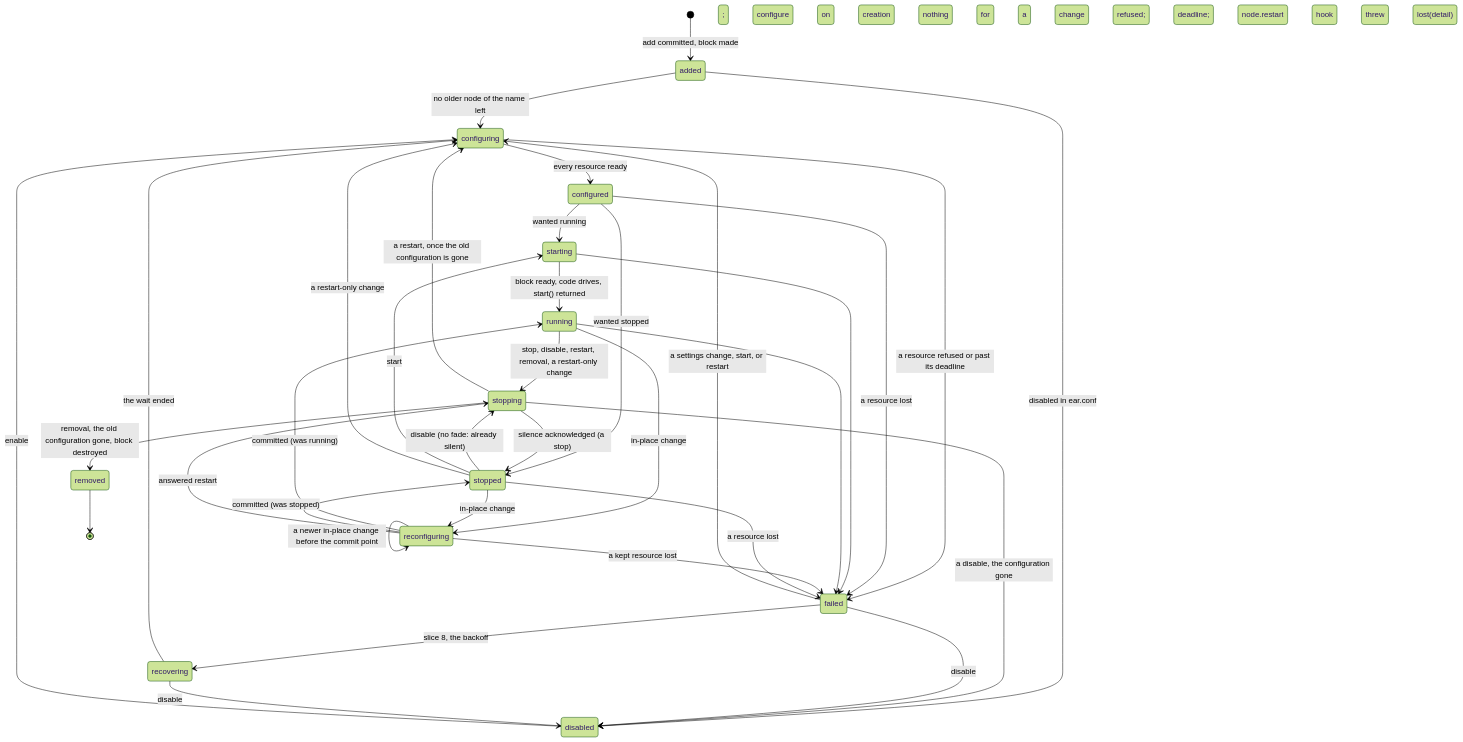
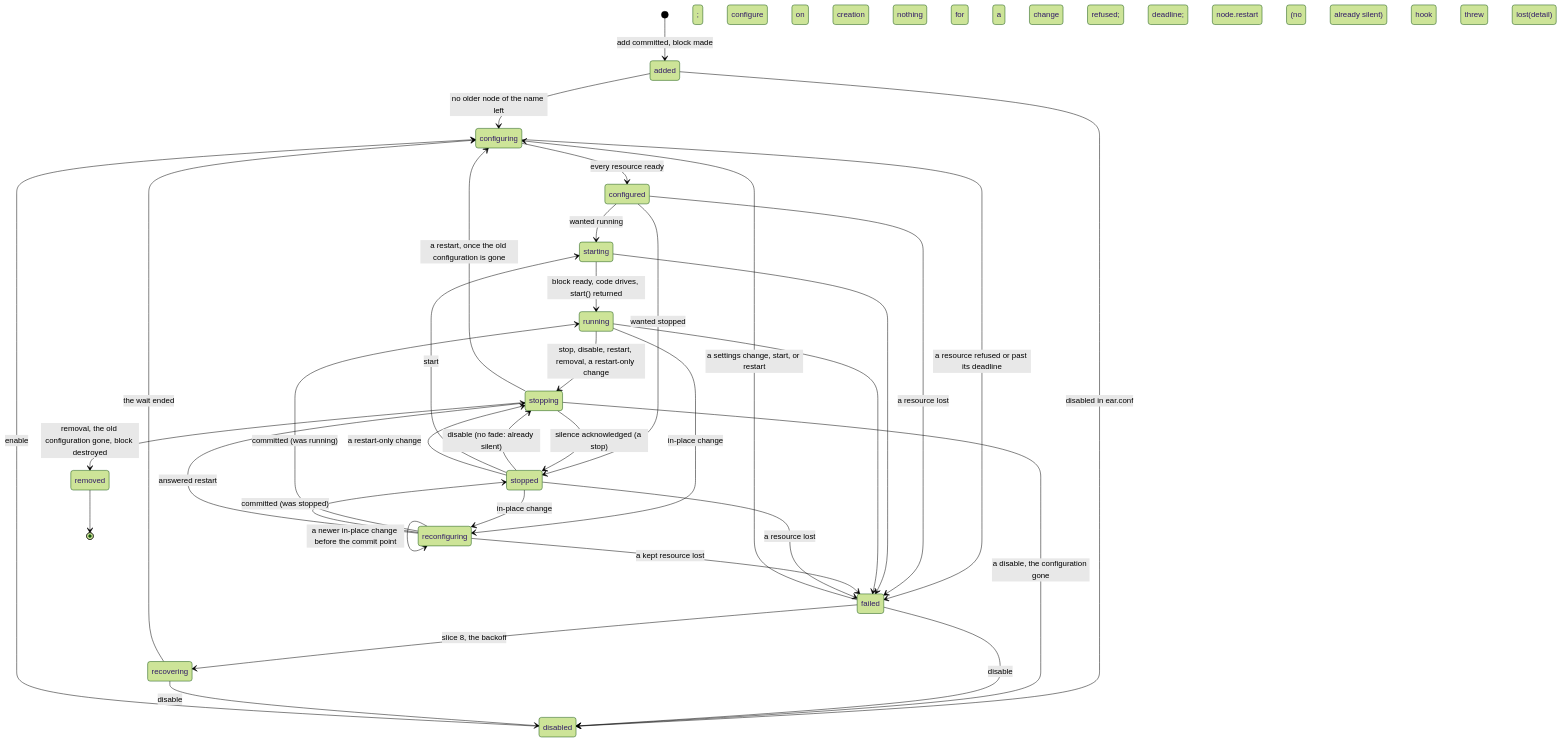
Before and after one commit to mcurcio/ear: the third of 4 diagrams in docs/design/node-framework.md, drawn with Mermaid (forest theme). The commit also changed other lines of this file and 2 other files, not shown here.

First line of the commit message:
docs(design): slice 3a module design, node-lifecycle.md

````diff
--- a/docs/design/node-framework.md
+++ b/docs/design/node-framework.md
@@ -325,37 +328,37 @@
 ```mermaid
 stateDiagram-v2
   [*] --> added: add committed, block made
   added --> configuring: no older node of the name left; configure on creation
   added --> disabled: disabled in ear.conf; nothing configured
   configuring --> configured: every resource ready
   configured --> starting: wanted running
   configured --> stopped: wanted stopped
   starting --> running: block ready, code drives, start() returned
   running --> stopping: stop, disable, restart, removal, a restart-only change
   stopping --> stopped: silence acknowledged (a stop)
   stopping --> disabled: a disable, the configuration gone
   stopped --> stopping: disable (no fade: already silent)
   stopped --> starting: start
   disabled --> configuring: enable
   failed --> disabled: disable
   recovering --> disabled: disable
   running --> reconfiguring: in-place change; configure for a change
   stopped --> reconfiguring: in-place change; configure for a change
   reconfiguring --> reconfiguring: a newer in-place change before the commit point
   reconfiguring --> running: committed (was running)
   reconfiguring --> stopped: committed (was stopped)
   reconfiguring --> stopping: answered restart; refused; deadline; node.restart
   stopping --> configuring: a restart, once the old configuration is gone
-  stopped --> configuring: a restart-only change
+  stopped --> stopping: a restart-only change; node.restart (no fade: already silent)
   configuring --> failed: a resource refused or past its deadline; a hook threw
   configured --> failed: a resource lost; lost(detail)
   starting --> failed
   running --> failed
   reconfiguring --> failed: a kept resource lost; lost(detail)
   stopped --> failed: a resource lost; lost(detail)
   failed --> configuring: a settings change, start, or restart
   failed --> recovering: slice 8, the backoff
   recovering --> configuring: the wait ended
   stopping --> removed: removal, the old configuration gone, block destroyed
   removed --> [*]
 ```
````
